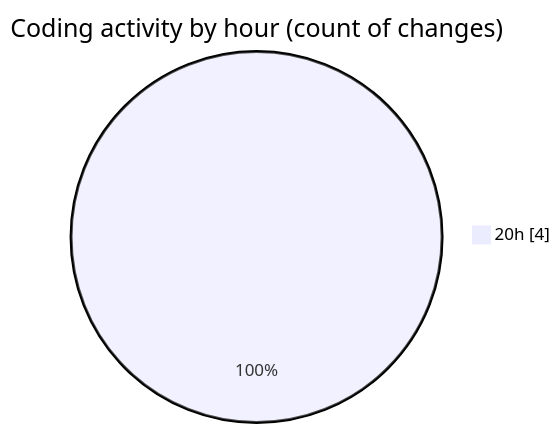
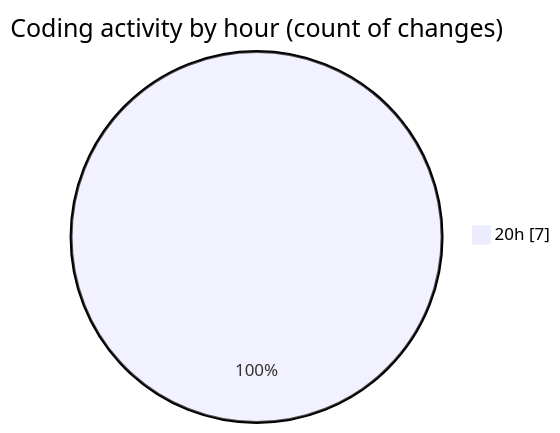
The second of 2 diagrams in 2025-04-10/test/README.md (idhammustaqopulfikri/code-tracking), drawn with Mermaid before and after one commit. The commit also changed other lines of this file and 1 other file, not shown here.

````diff
--- a/2025-04-10/test/README.md
+++ b/2025-04-10/test/README.md
@@ -30,5 +31,5 @@
 ```mermaid
 pie showData
 title Coding activity by hour (count of changes)
-"20h" : 4
+"20h" : 7
 ```
````
